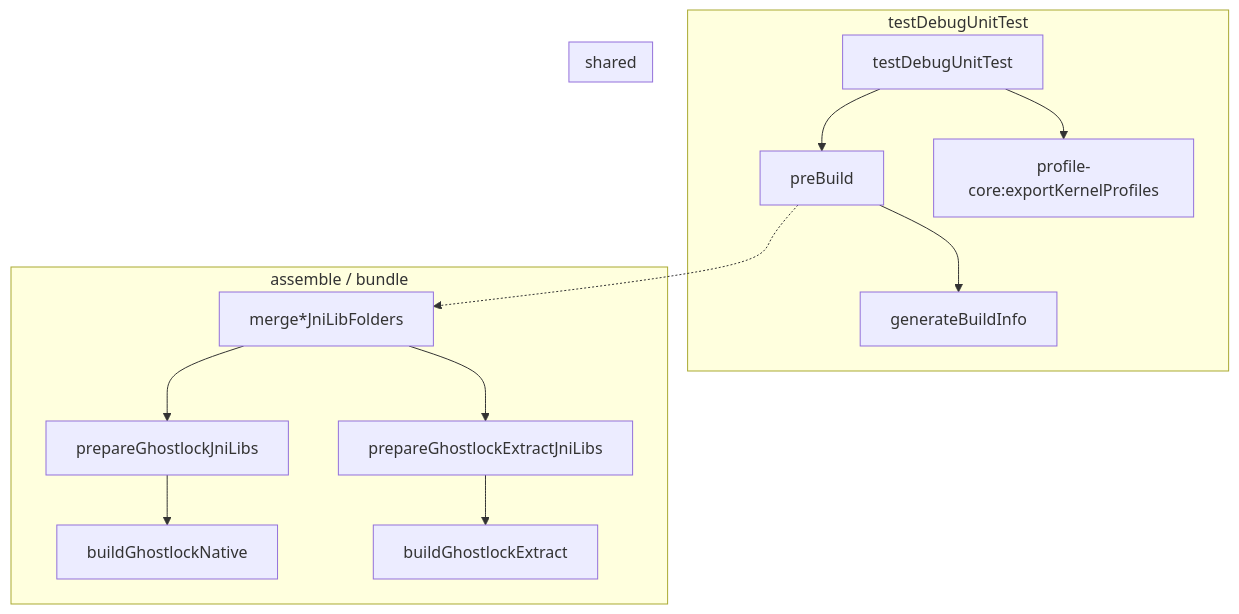
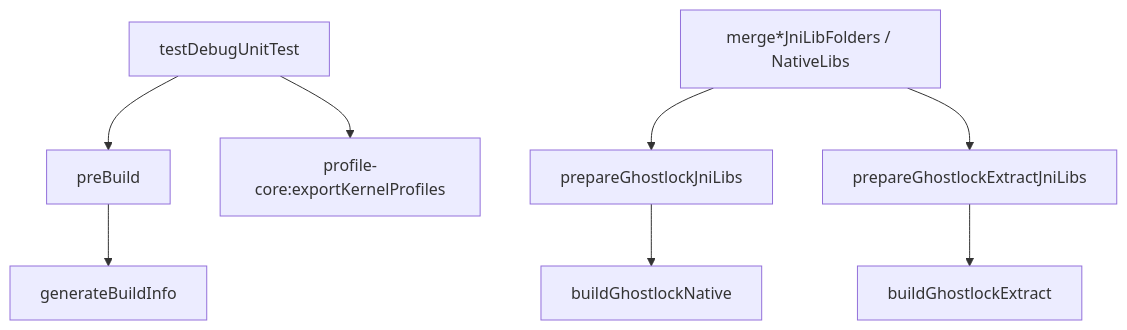
The diagram in docs/analysis/gradle-test-decoupling-plan.md (YuKongA/ghostlock-app), drawn with Mermaid before and after one commit. The commit also changed other lines of this file and 41 other files, not shown here.

````diff
--- a/docs/analysis/gradle-test-decoupling-plan.md
+++ b/docs/analysis/gradle-test-decoupling-plan.md
@@ -64,17 +43,10 @@
 ```mermaid
 flowchart TD
-    subgraph test [testDebugUnitTest]
-        T[testDebugUnitTest] --> P[preBuild]
-        P --> G[generateBuildInfo]
-        T --> E[profile-core:exportKernelProfiles]
-    end
-    subgraph pkg [assemble / bundle]
-        M[merge*JniLibFolders] --> PJ[prepareGhostlockJniLibs]
-        M --> PE[prepareGhostlockExtractJniLibs]
-        PJ --> BN[buildGhostlockNative]
-        PE --> BE[buildGhostlockExtract]
-    end
-    subgraph shared [shared]
-        P -.-> M
-    end
+    T[testDebugUnitTest] --> P[preBuild]
+    P --> G[generateBuildInfo]
+    T --> E[profile-core:exportKernelProfiles]
+    M[merge*JniLibFolders / NativeLibs] --> PJ[prepareGhostlockJniLibs]
+    M --> PE[prepareGhostlockExtractJniLibs]
+    PJ --> BN[buildGhostlockNative]
+    PE --> BE[buildGhostlockExtract]
 ```
````
